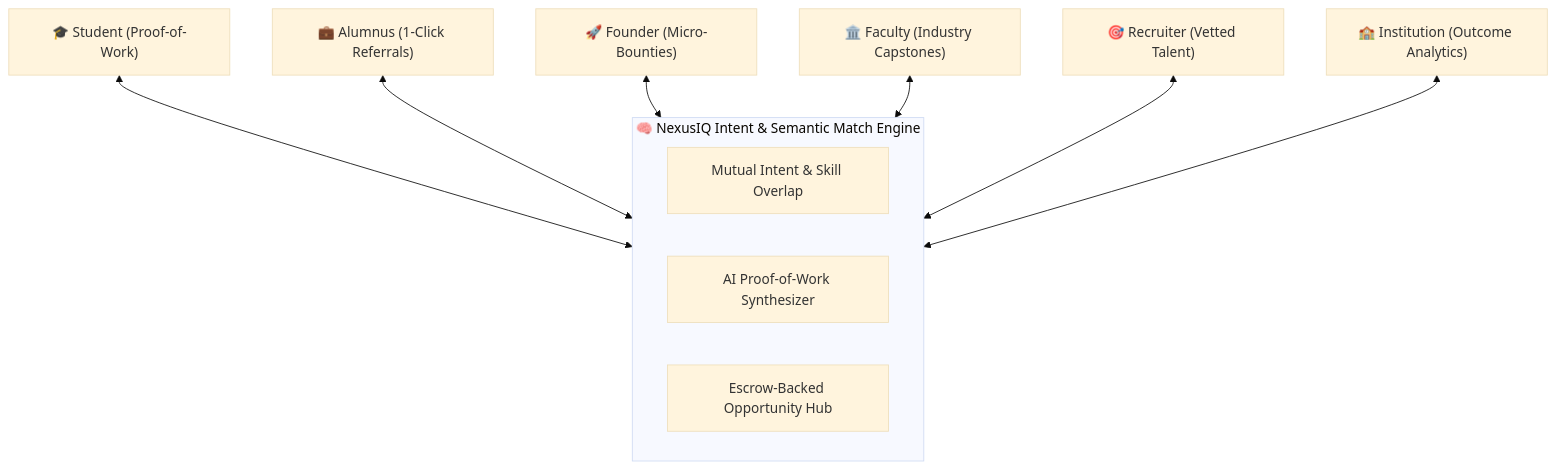
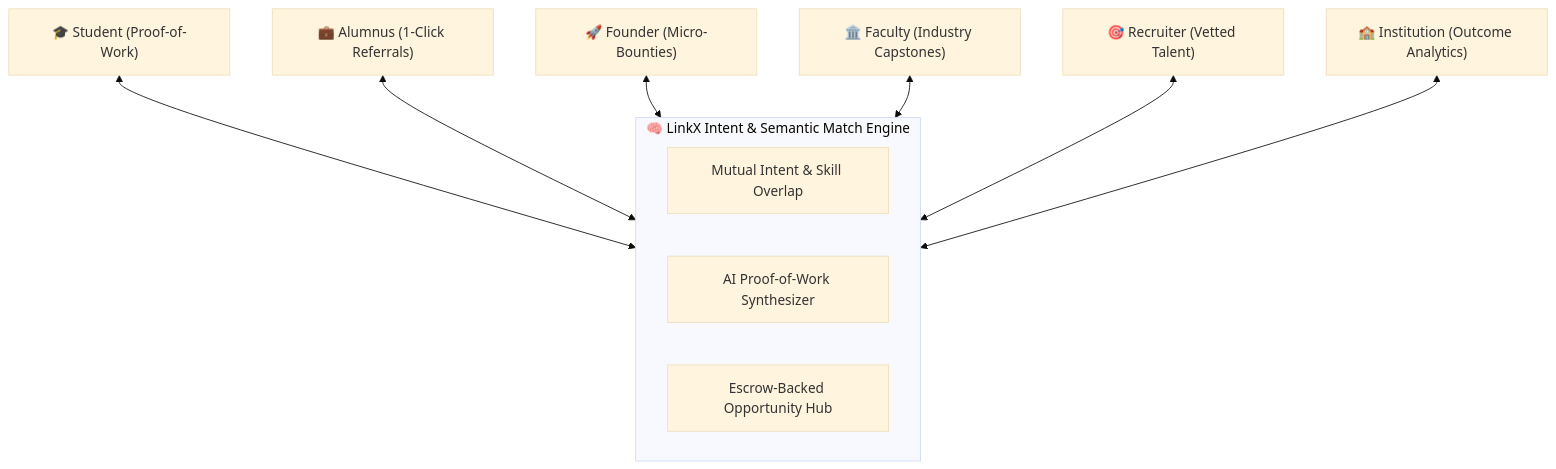
The diagram in README.md (dhanivarshney/Hackshift-GenX-AI-), drawn with Mermaid (base theme) before and after one commit. The commit also changed other lines of this file and 26 other files, not shown here.

Commit message:
Rebrand project to LinkX and remove all Nexus IQ references

````diff
--- a/README.md
+++ b/README.md
@@ -18,15 +18,15 @@
 ```mermaid
 flowchart TD
-    subgraph NexusIQ["🧠 NexusIQ Intent & Semantic Match Engine"]
+    subgraph LinkX["🧠 LinkX Intent & Semantic Match Engine"]
         Matcher["Mutual Intent & Skill Overlap"]
         AntiSpam["AI Proof-of-Work Synthesizer"]
         Bounties["Escrow-Backed Opportunity Hub"]
     end
 
-    Student["🎓 Student (Proof-of-Work)"] <--> NexusIQ
-    Alum["💼 Alumnus (1-Click Referrals)"] <--> NexusIQ
-    Founder["🚀 Founder (Micro-Bounties)"] <--> NexusIQ
-    Faculty["🏛️ Faculty (Industry Capstones)"] <--> NexusIQ
-    Recruiter["🎯 Recruiter (Vetted Talent)"] <--> NexusIQ
-    Institution["🏫 Institution (Outcome Analytics)"] <--> NexusIQ
+    Student["🎓 Student (Proof-of-Work)"] <--> LinkX
+    Alum["💼 Alumnus (1-Click Referrals)"] <--> LinkX
+    Founder["🚀 Founder (Micro-Bounties)"] <--> LinkX
+    Faculty["🏛️ Faculty (Industry Capstones)"] <--> LinkX
+    Recruiter["🎯 Recruiter (Vetted Talent)"] <--> LinkX
+    Institution["🏫 Institution (Outcome Analytics)"] <--> LinkX
 ```
````
